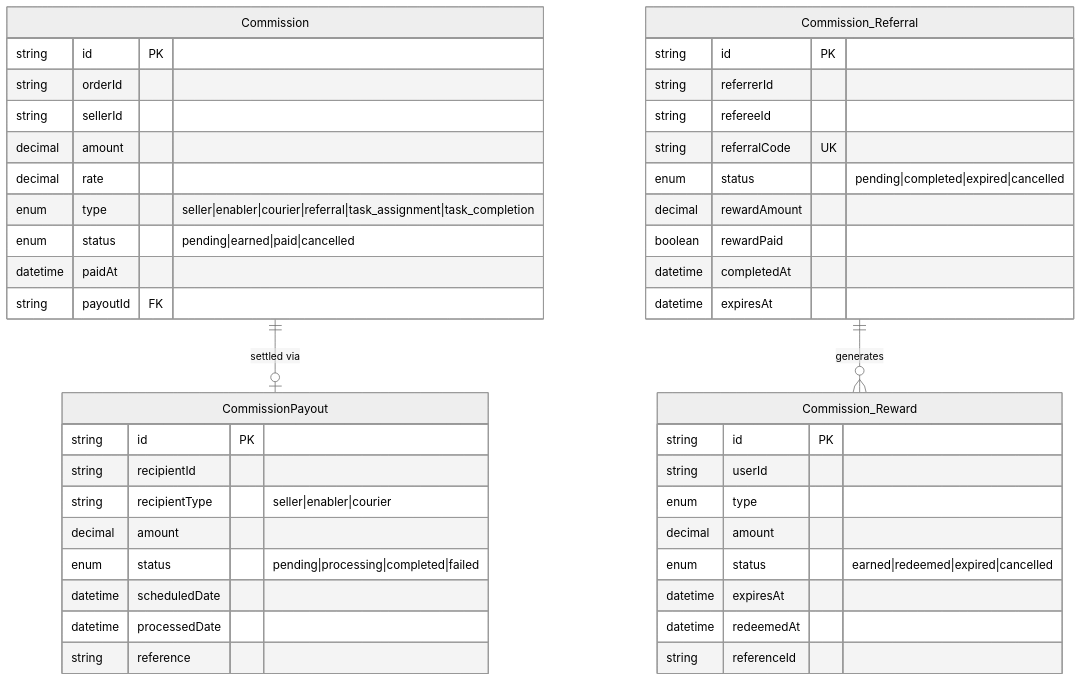
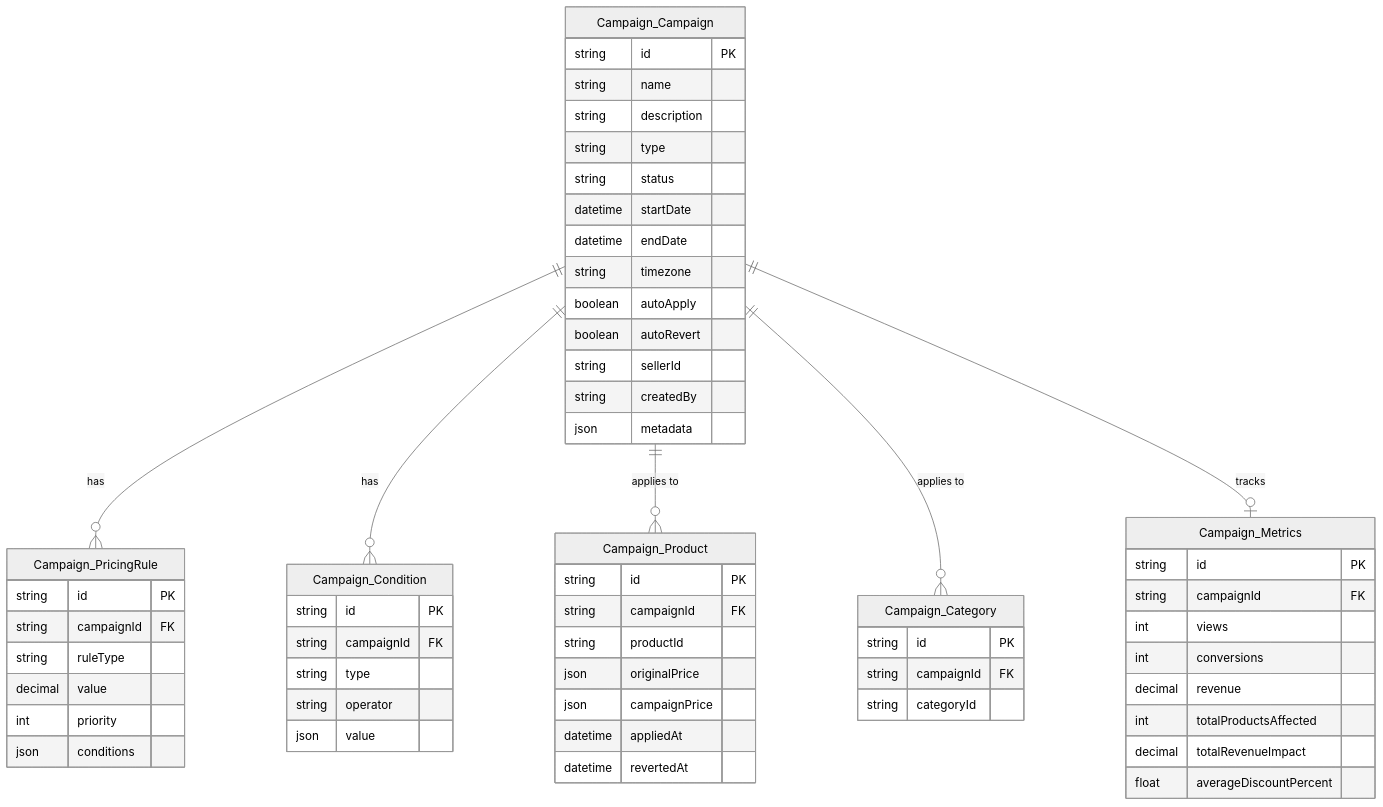
One commit to maysar-014/maysar-express-backend changed diagram 15 of 22 in docs/architecture/database-relationship-diagrams.md. Above: the diagram before and after it, drawn with Mermaid (neutral theme). The commit also changed other lines of this file and 13 other files, not shown here.

First line of the commit message:
docs: complete database relationship diagrams from full schema

````diff
--- a/docs/architecture/database-relationship-diagrams.md
+++ b/docs/architecture/database-relationship-diagrams.md
@@ -425,51 +1367,68 @@
 ```mermaid
 erDiagram
-    Commission {
+    Campaign_Campaign {
         string id PK
-        string orderId
+        string name
+        string description
+        string type
+        string status
+        datetime startDate
+        datetime endDate
+        string timezone
+        boolean autoApply
+        boolean autoRevert
         string sellerId
-        decimal amount
-        decimal rate
-        enum type "seller|enabler|courier|referral|task_assignment|task_completion"
-        enum status "pending|earned|paid|cancelled"
-        datetime paidAt
-        string payoutId FK
+        string createdBy
+        json metadata
     }
 
-    CommissionPayout {
+    Campaign_PricingRule {
         string id PK
-        string recipientId
-        string recipientType "seller|enabler|courier"
-        decimal amount
-        enum status "pending|processing|completed|failed"
-        datetime scheduledDate
-        datetime processedDate
-        string reference
+        string campaignId FK
+        string ruleType
+        decimal value
+        int priority
+        json conditions
     }
 
-    Commission_Referral {
+    Campaign_Condition {
         string id PK
-        string referrerId
-        string refereeId
-        string referralCode UK
-        enum status "pending|completed|expired|cancelled"
-        decimal rewardAmount
-        boolean rewardPaid
-        datetime completedAt
-        datetime expiresAt
+        string campaignId FK
+        string type
+        string operator
+        json value
     }
 
-    Commission_Reward {
+    Campaign_Product {
         string id PK
-        string userId
-        enum type
-        decimal amount
-        enum status "earned|redeemed|expired|cancelled"
-        datetime expiresAt
-        datetime redeemedAt
-        string referenceId
+        string campaignId FK
+        string productId
+        json originalPrice
+        json campaignPrice
+        datetime appliedAt
+        datetime revertedAt
     }
 
-    Commission ||--o| CommissionPayout : "settled via"
-    Commission_Referral ||--o{ Commission_Reward : "generates"
+    Campaign_Category {
+        string id PK
+        string campaignId FK
+        string categoryId
+    }
+
+    Campaign_Metrics {
+        string id PK
+        string campaignId FK
+        int views
+        int conversions
+        decimal revenue
+        int totalProductsAffected
+        decimal totalRevenueImpact
+        float averageDiscountPercent
+    }
+
+    Campaign_Campaign ||--o{ Campaign_PricingRule : "has"
+    Campaign_Campaign ||--o{ Campaign_Condition : "has"
+    Campaign_Campaign ||--o{ Campaign_Product : "applies to"
+    Campaign_Campaign ||--o{ Campaign_Category : "applies to"
+    Campaign_Campaign ||--o| Campaign_Metrics : "tracks"
 ```
````
